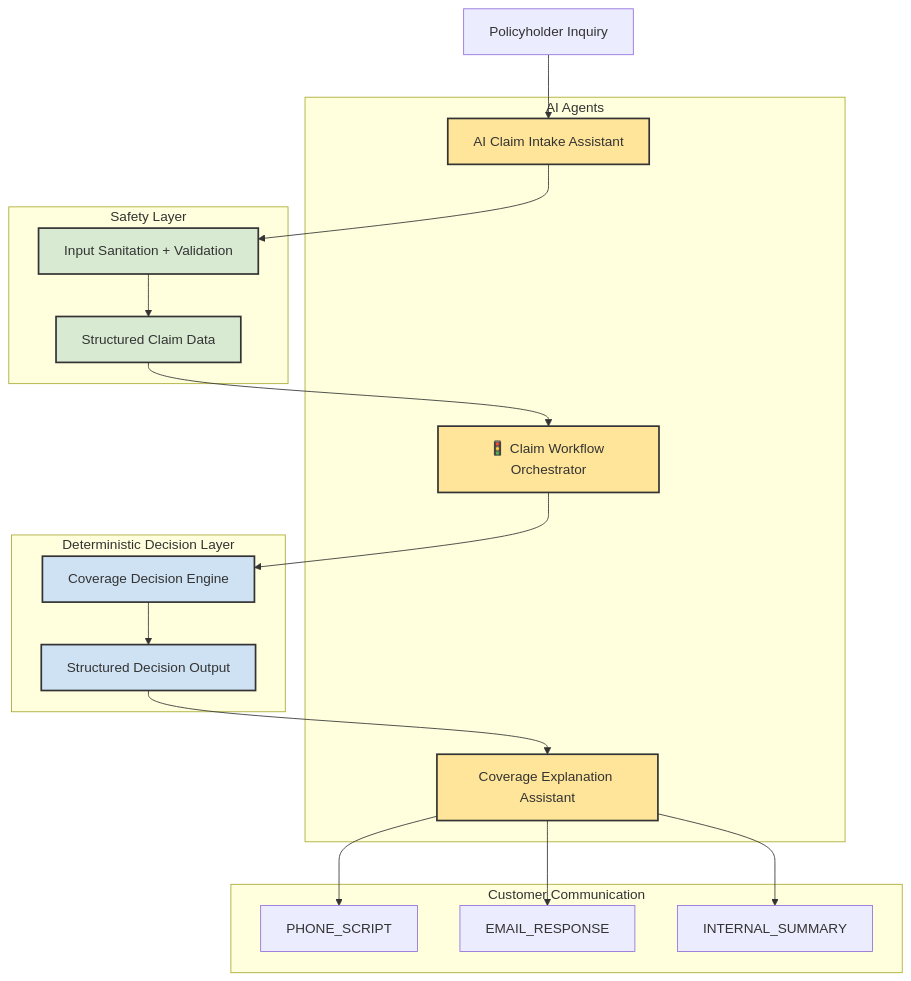
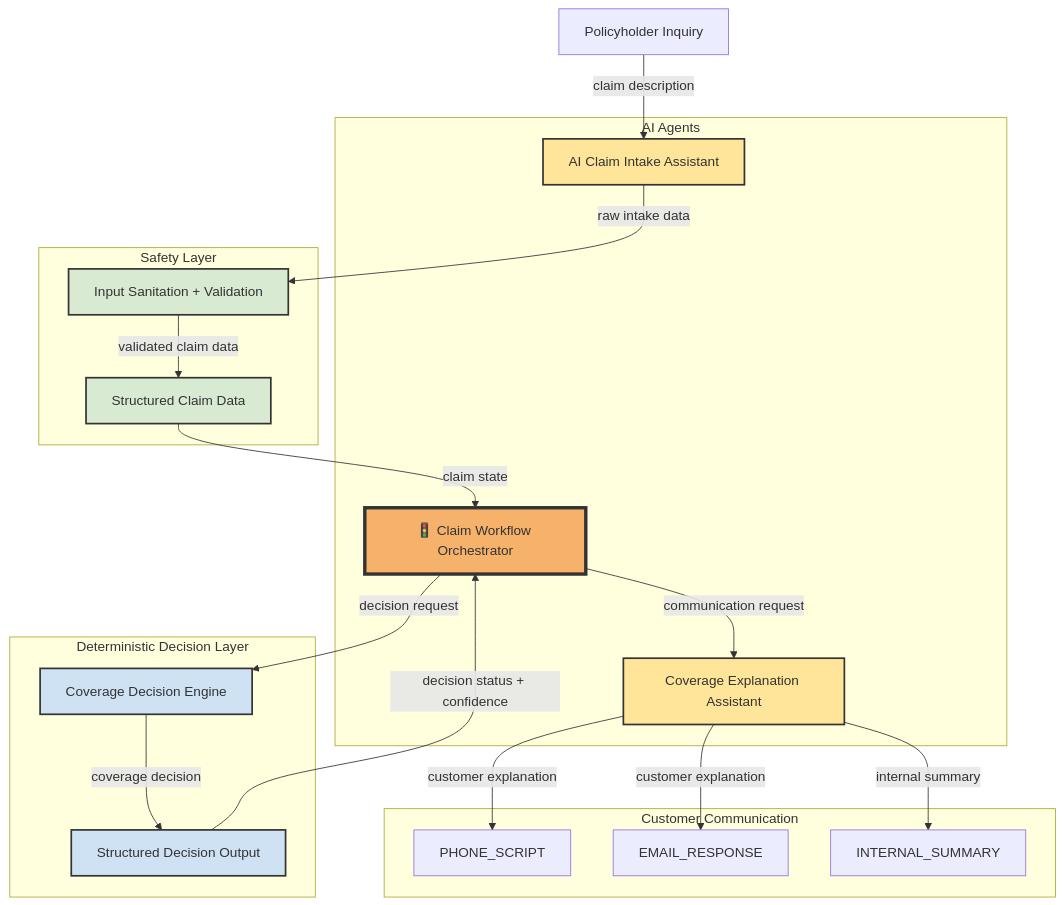
The diagram in README.md (badenaaron-oss/badenaaron-oss), drawn with Mermaid before and after one commit.

````diff
--- a/README.md
+++ b/README.md
@@ -17,48 +17,55 @@
 ```mermaid
 flowchart TD
 
 A[Policyholder Inquiry]
 
 subgraph AI Agents
 B[AI Claim Intake Assistant]
-C[🚦 Claim Workflow Orchestrator]
-D[Coverage Explanation Assistant]
+E[🚦 Claim Workflow Orchestrator]
+F[Coverage Explanation Assistant]
 end
 
 subgraph Safety Layer
-E[Input Sanitation + Validation]
-F[Structured Claim Data]
+C[Input Sanitation + Validation]
+D[Structured Claim Data]
 end
 
 subgraph Deterministic Decision Layer
 G[Coverage Decision Engine]
 H[Structured Decision Output]
 end
 
 subgraph Customer Communication
 I[PHONE_SCRIPT]
 J[EMAIL_RESPONSE]
 K[INTERNAL_SUMMARY]
 end
 
-A --> B
-B --> E
-E --> F
-F --> C
-C --> G
-G --> H
-H --> D
-D --> I
-D --> J
-D --> K
+A -->|claim description| B
+B -->|raw intake data| C
+C -->|validated claim data| D
+D -->|claim state| E
+
+E -->|decision request| G
+G -->|coverage decision| H
+
+H -->|decision status + confidence| E
+
+E -->|communication request| F
+
+F -->|customer explanation| I
+F -->|customer explanation| J
+F -->|internal summary| K
 
 %% styling
 
 classDef ai fill:#ffe599,stroke:#333,stroke-width:2px
+classDef orchestrator fill:#f6b26b,stroke:#333,stroke-width:4px
 classDef safety fill:#d9ead3,stroke:#333,stroke-width:2px
 classDef decision fill:#cfe2f3,stroke:#333,stroke-width:2px
 
-class B,C,D ai
-class E,F safety
+class B,F ai
+class E orchestrator
+class C,D safety
 class G,H decision
 ```
````
